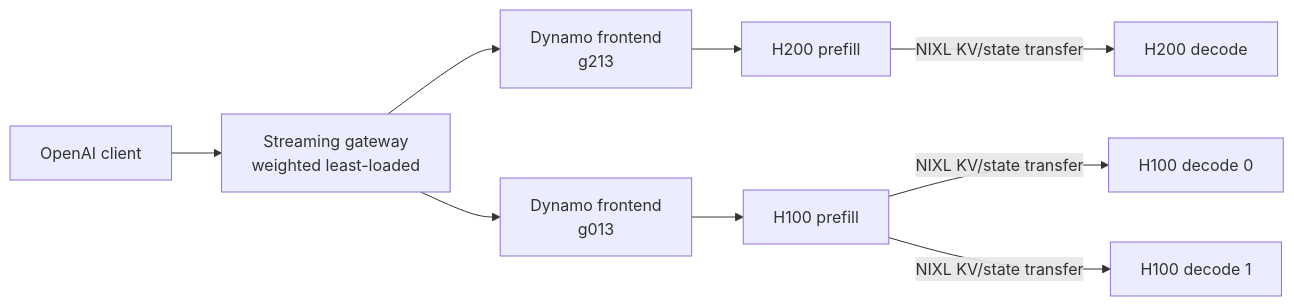
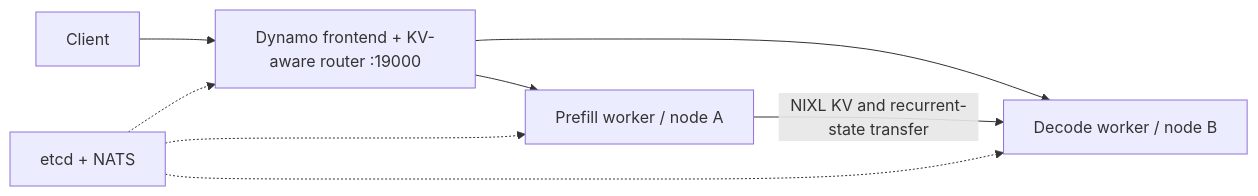
Before and after one commit to zero734kr/switchyard: the diagram in README.md, drawn with Mermaid. The commit also changed other lines of this file and 27 other files, not shown here.

````diff
--- a/README.md
+++ b/README.md
@@ -20,11 +11,10 @@
 ```mermaid
 flowchart LR
-    C[OpenAI client] --> G[Streaming gateway<br/>weighted least-loaded]
-    G --> F200[Dynamo frontend<br/>g213]
-    G --> F100[Dynamo frontend<br/>g013]
-    F200 --> P200[H200 prefill]
-    P200 -->|NIXL KV/state transfer| D200[H200 decode]
-    F100 --> P100[H100 prefill]
-    P100 -->|NIXL KV/state transfer| D100A[H100 decode 0]
-    P100 -->|NIXL KV/state transfer| D100B[H100 decode 1]
+  Client --> Frontend[Dynamo frontend + KV-aware router :19000]
+  Frontend --> Prefill[Prefill worker / node A]
+  Frontend --> Decode[Decode worker / node B]
+  Prefill -->|NIXL KV and recurrent-state transfer| Decode
+  Control[etcd + NATS] -.-> Frontend
+  Control -.-> Prefill
+  Control -.-> Decode
 ```
````
